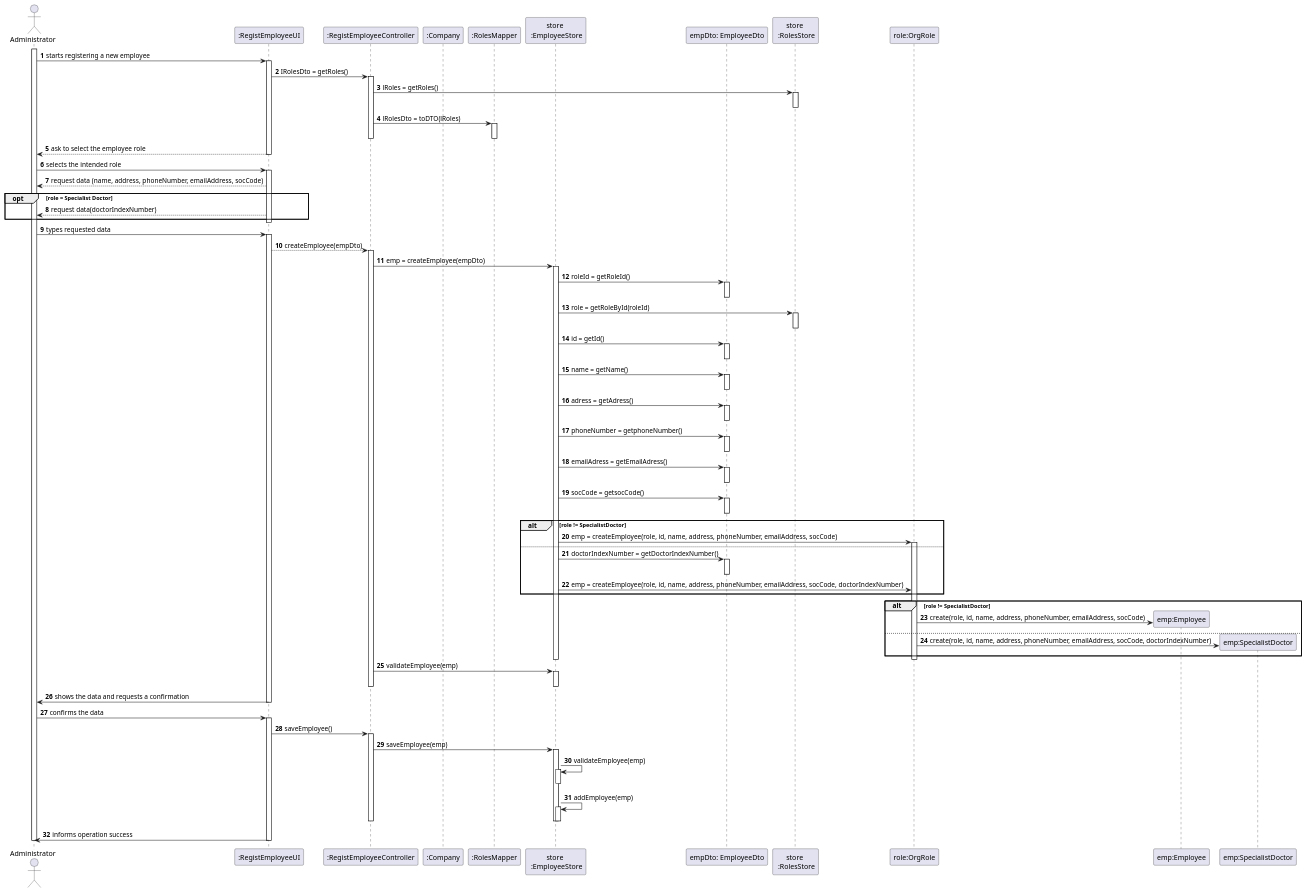
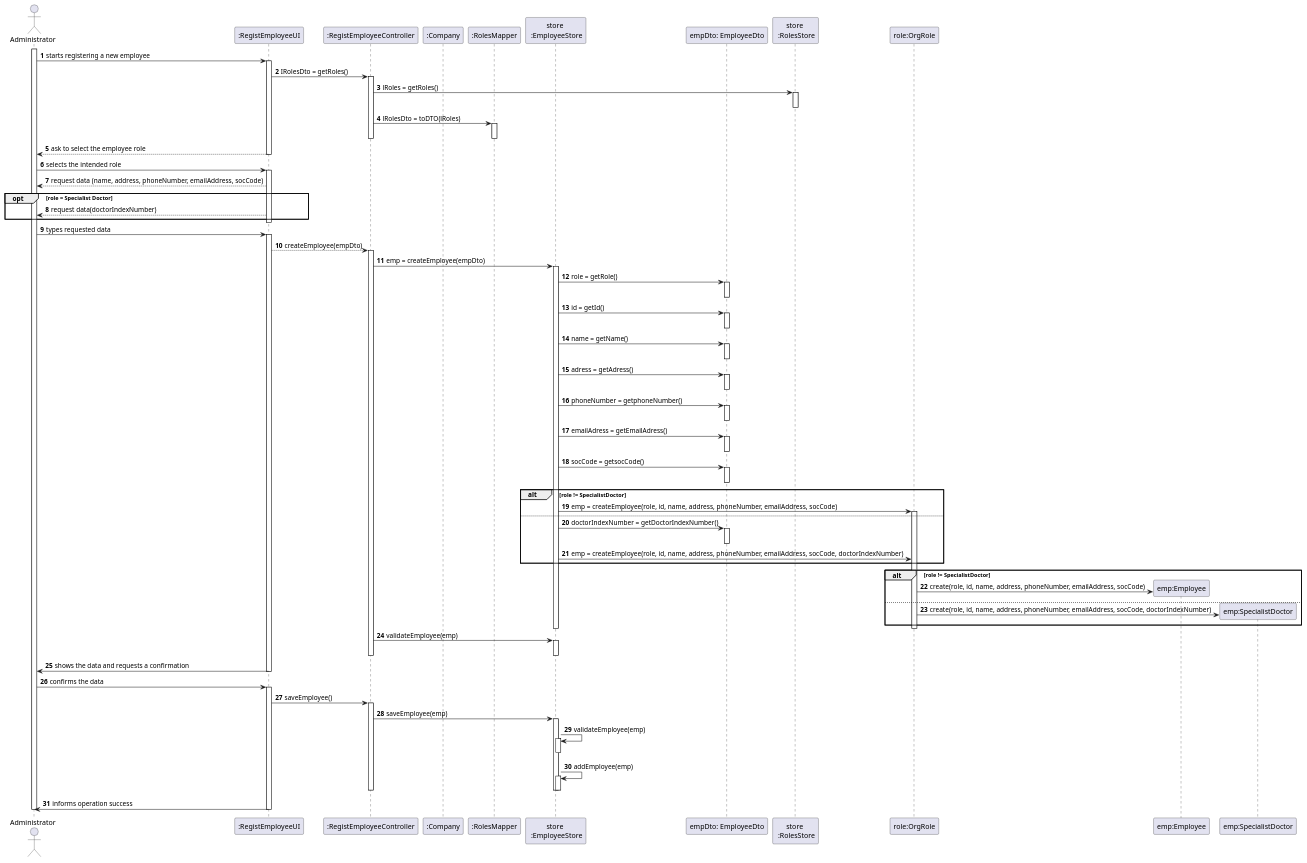
One commit to Pedromaia26/LAPR2-ISEP changed the diagram in docs/SprintB/US7_CreateEmployee/US007_SD.puml. Above: the diagram before and after it, drawn with PlantUML.

Commit message:
US7 updating puml file SD

```diff
--- a/docs/SprintB/US7_CreateEmployee/US007_SD.puml
+++ b/docs/SprintB/US7_CreateEmployee/US007_SD.puml
@@ -1,110 +1,107 @@
 @startuml
 actor Administrator as Adm
 participant ":RegistEmployeeUI" as Interface
 participant ":RegistEmployeeController" as Controller
 participant ":Company" as Company
 participant ":RolesMapper" as RolesMapper
 participant "store \n :EmployeeStore" as estore
 participant "empDto: EmployeeDto" as EmployeeDto
 participant "store \n :RolesStore" as rstore
 participant "role:OrgRole" as OrgRole
 
 
 autonumber
 activate Adm
 Adm -> Interface: starts registering a new employee
 activate Interface
 Interface -> Controller: IRolesDto = getRoles()
 activate Controller
 Controller -> rstore: lRoles = getRoles()
 activate rstore
 deactivate rstore
 Controller -> RolesMapper: lRolesDto = toDTO(lRoles)
 activate RolesMapper
 deactivate RolesMapper
 deactivate Controller
 Interface --> Adm: ask to select the employee role
 deactivate Interface
 Adm -> Interface: selects the intended role
 activate Interface
 Interface --> Adm: request data (name, address, phoneNumber, emailAddress, socCode)
 opt role = Specialist Doctor
     Interface --> Adm: request data(doctorIndexNumber)
 end
 deactivate Interface
 
 
 Adm -> Interface: types requested data
 activate Interface
 Interface --> Controller: createEmployee(empDto)
 activate Controller
 Controller -> estore: emp = createEmployee(empDto)
 activate estore
-estore -> EmployeeDto: roleId = getRoleId()
+estore -> EmployeeDto: role = getRole()
 activate EmployeeDto
 deactivate EmployeeDto
-estore -> rstore: role = getRoleById(roleId)
-activate rstore
-deactivate rstore
 estore -> EmployeeDto: id = getId()
 activate EmployeeDto
 deactivate EmployeeDto
 estore -> EmployeeDto: name = getName()
 activate EmployeeDto
 deactivate EmployeeDto
 estore -> EmployeeDto: adress = getAdress()
 activate EmployeeDto
 deactivate EmployeeDto
 estore -> EmployeeDto: phoneNumber = getphoneNumber()
 activate EmployeeDto
 deactivate EmployeeDto
 estore -> EmployeeDto: emailAdress = getEmailAdress()
 activate EmployeeDto
 deactivate EmployeeDto
 estore -> EmployeeDto: socCode = getsocCode()
 activate EmployeeDto
 deactivate EmployeeDto
 alt role != SpecialistDoctor
     estore -> OrgRole: emp = createEmployee(role, id, name, address, phoneNumber, emailAddress, socCode)
     activate OrgRole
 else
     estore -> EmployeeDto: doctorIndexNumber = getDoctorIndexNumber()
     activate EmployeeDto
     deactivate EmployeeDto
     estore -> OrgRole: emp = createEmployee(role, id, name, address, phoneNumber, emailAddress, socCode, doctorIndexNumber)
 end
 alt role != SpecialistDoctor
     create "emp:Employee" as Employee
     OrgRole -> Employee: create(role, id, name, address, phoneNumber, emailAddress, socCode)
 else
     create "emp:SpecialistDoctor" as Doctor
     OrgRole -> Doctor:create(role, id, name, address, phoneNumber, emailAddress, socCode, doctorIndexNumber)
 end
 deactivate OrgRole
 deactivate estore
 Controller -> estore: validateEmployee(emp)
 activate estore
 deactivate estore
 deactivate Controller
 
 Interface -> Adm: shows the data and requests a confirmation
 deactivate Interface
 Adm -> Interface: confirms the data
 
 activate Interface
 Interface -> Controller: saveEmployee()
 activate Controller
 Controller -> estore: saveEmployee(emp)
 activate estore
 estore -> estore: validateEmployee(emp)
 activate estore
 deactivate estore
 estore -> estore: addEmployee(emp)
 activate estore
 deactivate estore
 deactivate estore
 deactivate Controller
 Interface -> Adm: informs operation success
 deactivate Interface
 deactivate Adm
 @enduml
```
